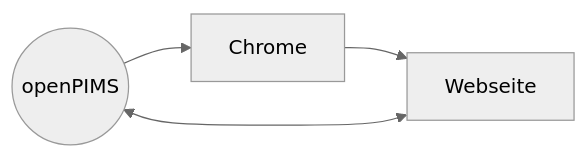
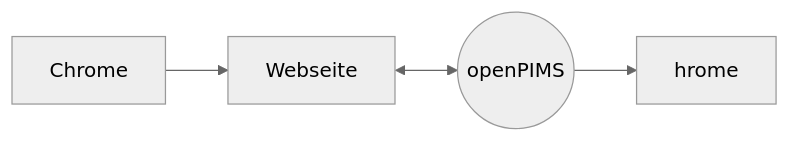
The first of 3 diagrams in README.md (openpims/openpims), drawn with Mermaid (neutral theme) before and after one commit.

````diff
--- a/README.md
+++ b/README.md
@@ -8,6 +8,6 @@
 ```mermaid
   graph LR;
-      A((openPIMS))-->Chrome;
-      Chrome-->Webseite;
-      Webseite<-->A;
+      A((openPIMS)) --> hrome;
+      Chrome --> Webseite;
+      Webseite <--> A;
 ```
````
